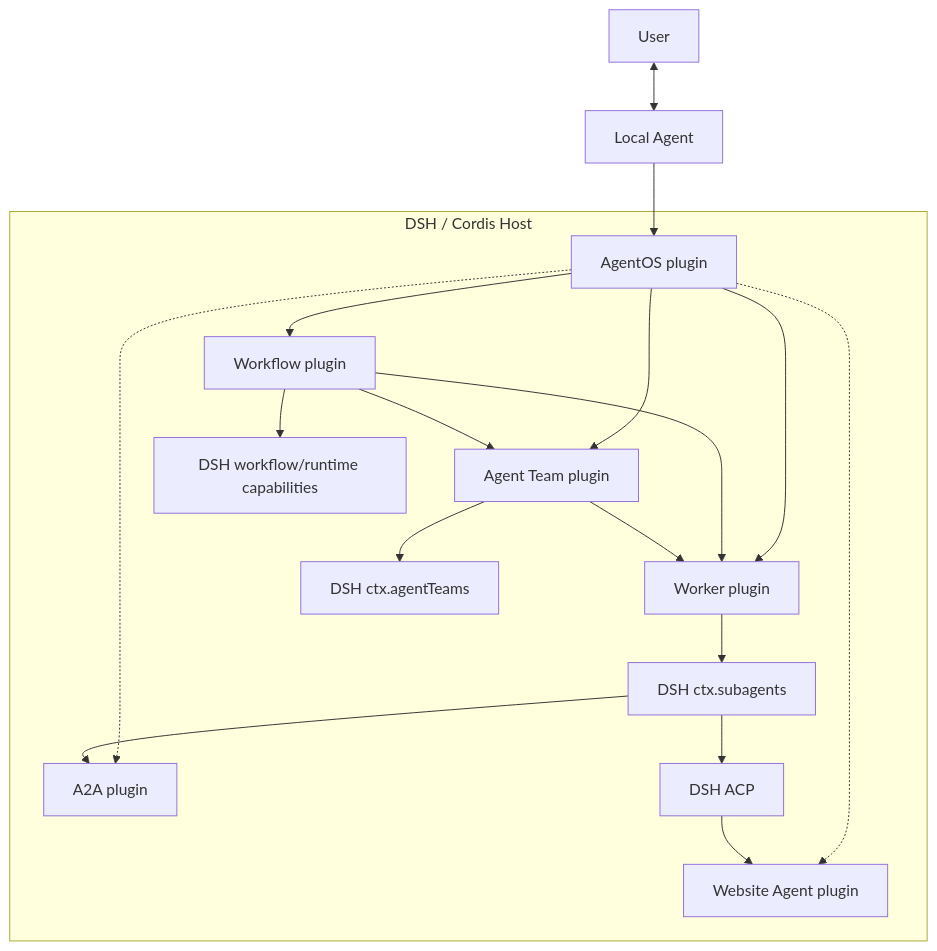
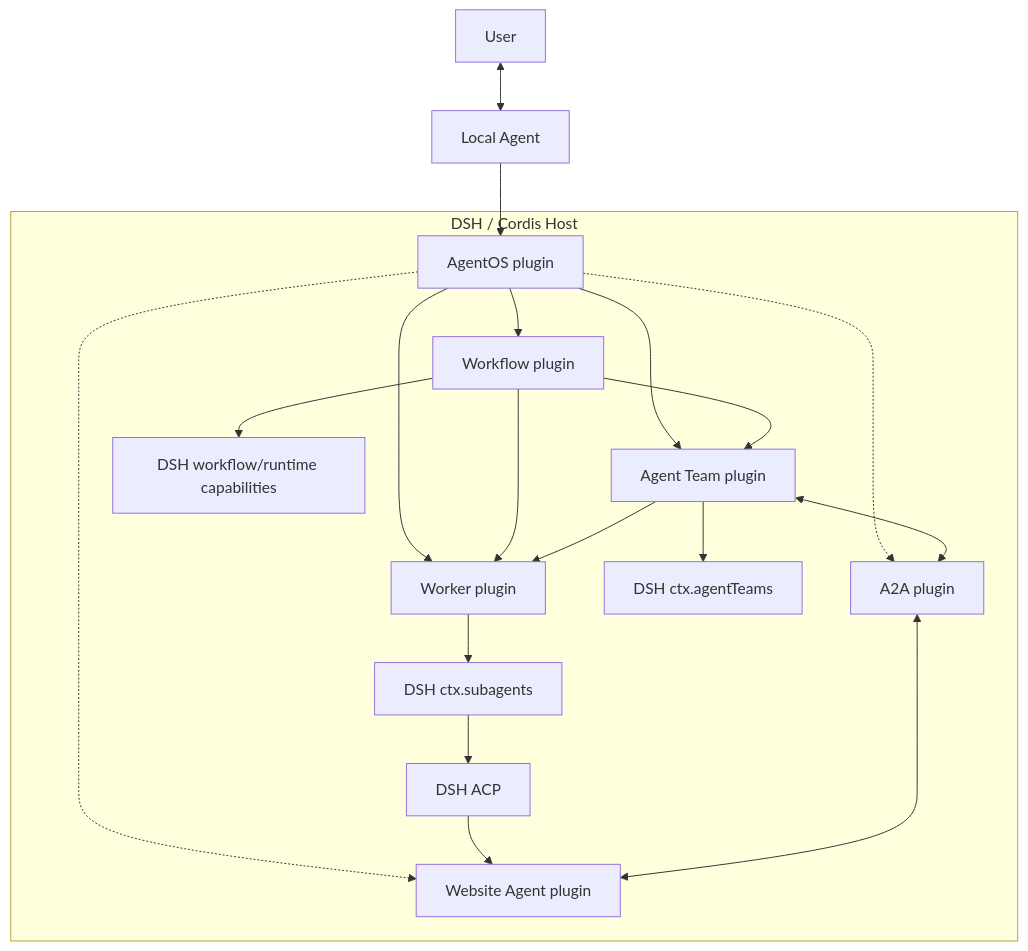
The diagram in docs/architecture/README.md (tsuuanmi/AgentOS), drawn with Mermaid before and after one commit.

Commit message:
docs: reflect A2A peer path in architecture graph

```diff
--- a/docs/architecture/README.md
+++ b/docs/architecture/README.md
@@ -38,38 +38,39 @@
 ~~~mermaid
 flowchart TB
     User[User] <--> Local[Local Agent]
 
     subgraph Host["DSH / Cordis Host"]
         AO[AgentOS plugin]
         WF[Workflow plugin]
         Team[Agent Team plugin]
         Worker[Worker plugin]
         Website[Website Agent plugin]
         A2A[A2A plugin]
 
         DSHAT[DSH ctx.agentTeams]
         Sub[DSH ctx.subagents]
         ACP[DSH ACP]
         Runtime[DSH workflow/runtime capabilities]
     end
 
     Local --> AO
 
     AO --> WF
     AO --> Team
     AO --> Worker
     AO -.-> Website
     AO -.-> A2A
 
     WF --> Team
     WF --> Worker
     Team --> Worker
 
     Team --> DSHAT
     Worker --> Sub
     Sub --> ACP
     ACP --> Website
-    Sub --> A2A
+    Team <--> A2A
+    A2A <--> Website
 
     WF --> Runtime
 ~~~
```
